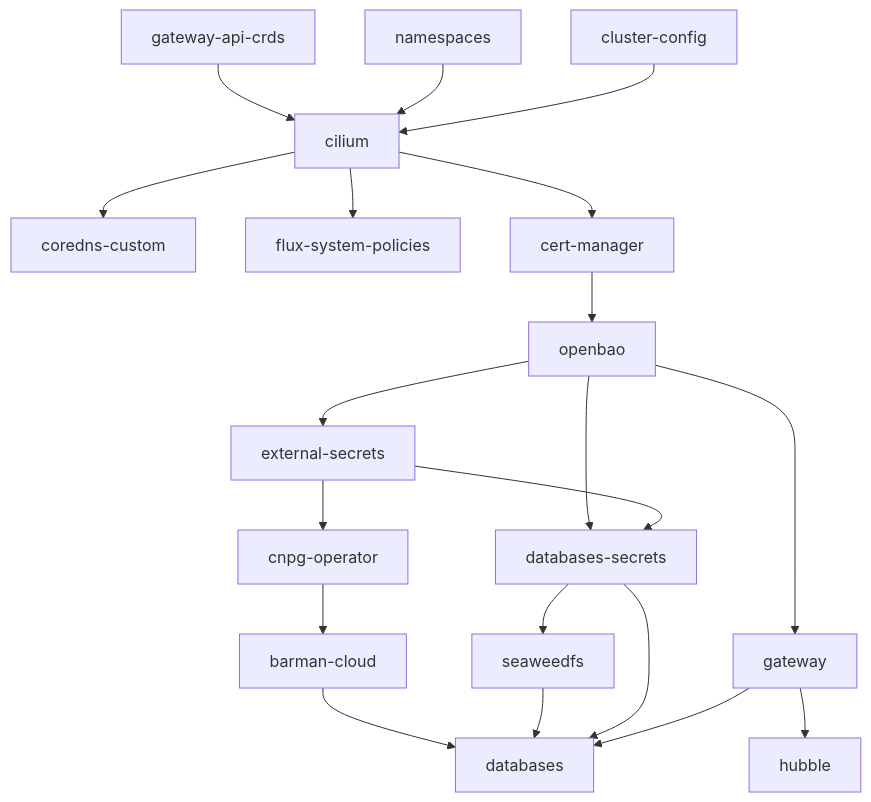
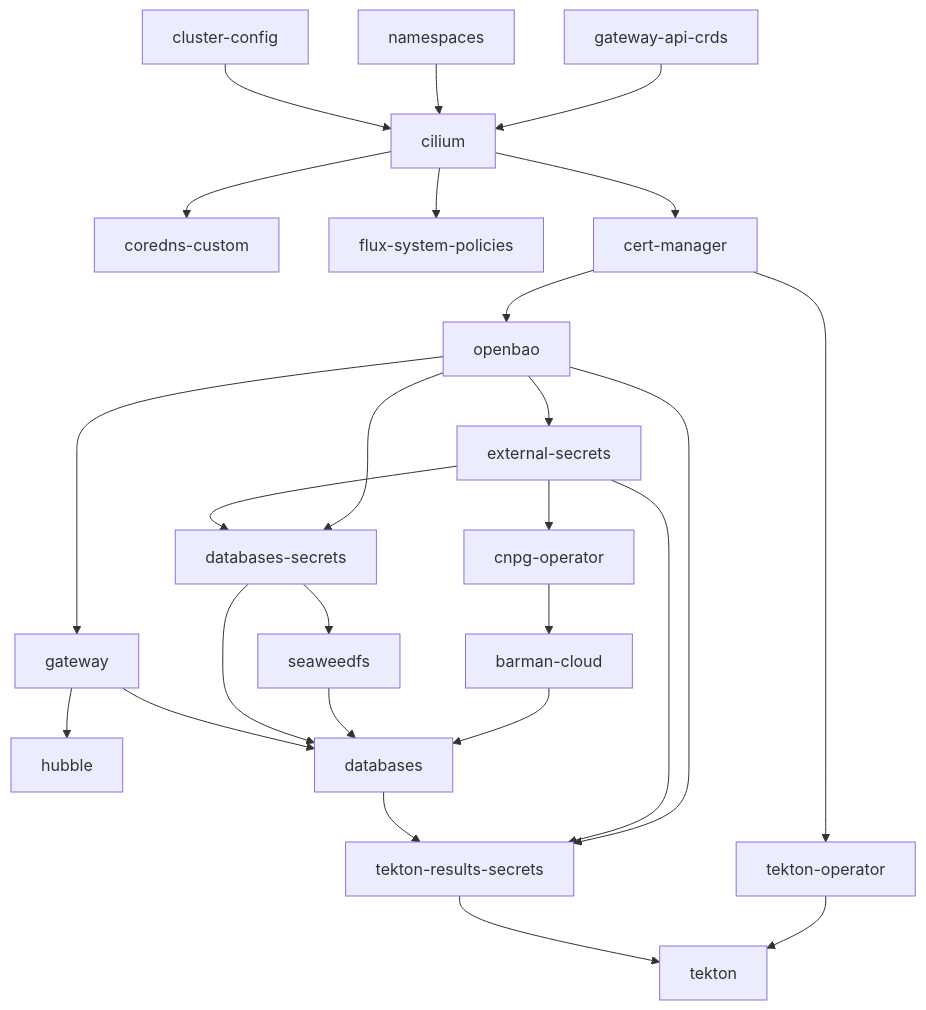
Before and after one commit to DragonBishop/data_science_cluster: the diagram in INSTALLATION.md, drawn with Mermaid. The commit also changed other lines of this file and 2 other files, not shown here.

Commit message:
docs(tekton): describe the Tekton Results database

````diff
--- a/INSTALLATION.md
+++ b/INSTALLATION.md
@@ -328,30 +328,38 @@
 ```mermaid
 flowchart TD
     %% Base Foundations
     crds["gateway-api-crds"] --> cilium["cilium"]
     ns["namespaces"] --> cilium
     cc["cluster-config"] --> cilium
 
     %% Core Services & PKI
     cilium --> coredns["coredns-custom"]
     cilium --> fluxpolicies["flux-system-policies"]
     cilium --> certmgr["cert-manager"]
     certmgr --> openbao["openbao"]
 
     %% Platform Services
     openbao --> eso["external-secrets"]
     eso --> cnpg["cnpg-operator"]
     cnpg --> barman["barman-cloud"]
 
     openbao --> gw["gateway"]
     gw --> hubble["hubble"]
 
     %% Applications
     openbao --> dbsecrets["databases-secrets"]
     eso --> dbsecrets
     dbsecrets --> seaweedfs["seaweedfs"]
     barman --> db["databases"]
     seaweedfs --> db
     dbsecrets --> db
     gw --> db
+
+    %% CI
+    certmgr --> tektonop["tekton-operator"]
+    openbao --> trsecrets["tekton-results-secrets"]
+    eso --> trsecrets
+    db --> trsecrets
+    tektonop --> tekton["tekton"]
+    trsecrets --> tekton
 ```
````
